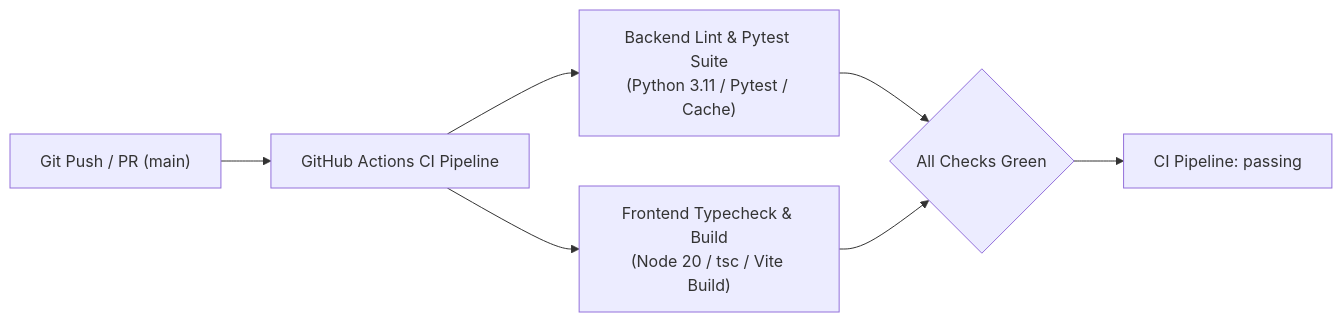
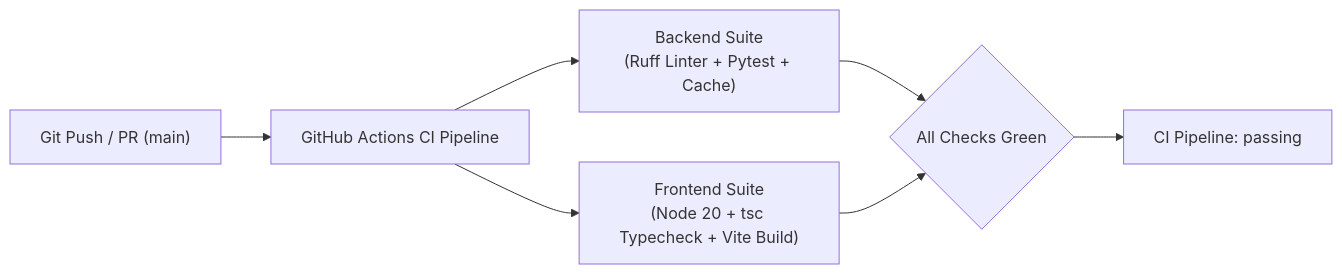
Before and after one commit to deadheaven07/gb-uk-wind-eval: the second of 2 diagrams in README.md, drawn with Mermaid. The commit also changed other lines of this file and 16 other files, not shown here.

````diff
--- a/README.md
+++ b/README.md
@@ -261,9 +254,9 @@
 ```mermaid
 flowchart LR
     COMMIT["Git Push / PR (main)"] --> CI["GitHub Actions CI Pipeline"]
-    CI --> BACKEND["Backend Lint & Pytest Suite<br/>(Python 3.11 / Pytest / Cache)"]
-    CI --> FRONTEND["Frontend Typecheck & Build<br/>(Node 20 / tsc / Vite Build)"]
+    CI --> BACKEND["Backend Suite<br/>(Ruff Linter + Pytest + Cache)"]
+    CI --> FRONTEND["Frontend Suite<br/>(Node 20 + tsc Typecheck + Vite Build)"]
     BACKEND --> PASS{"All Checks Green"}
     FRONTEND --> PASS
     PASS --> BADGE["CI Pipeline: passing"]
 ```
````
